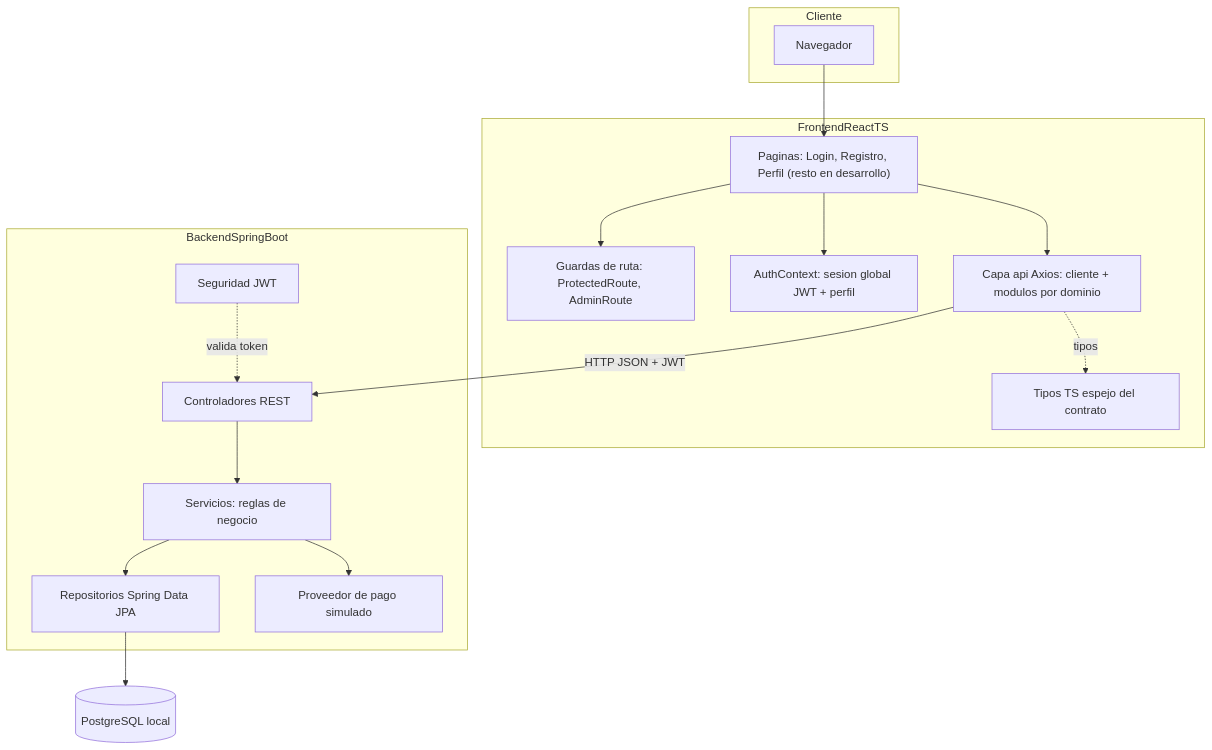
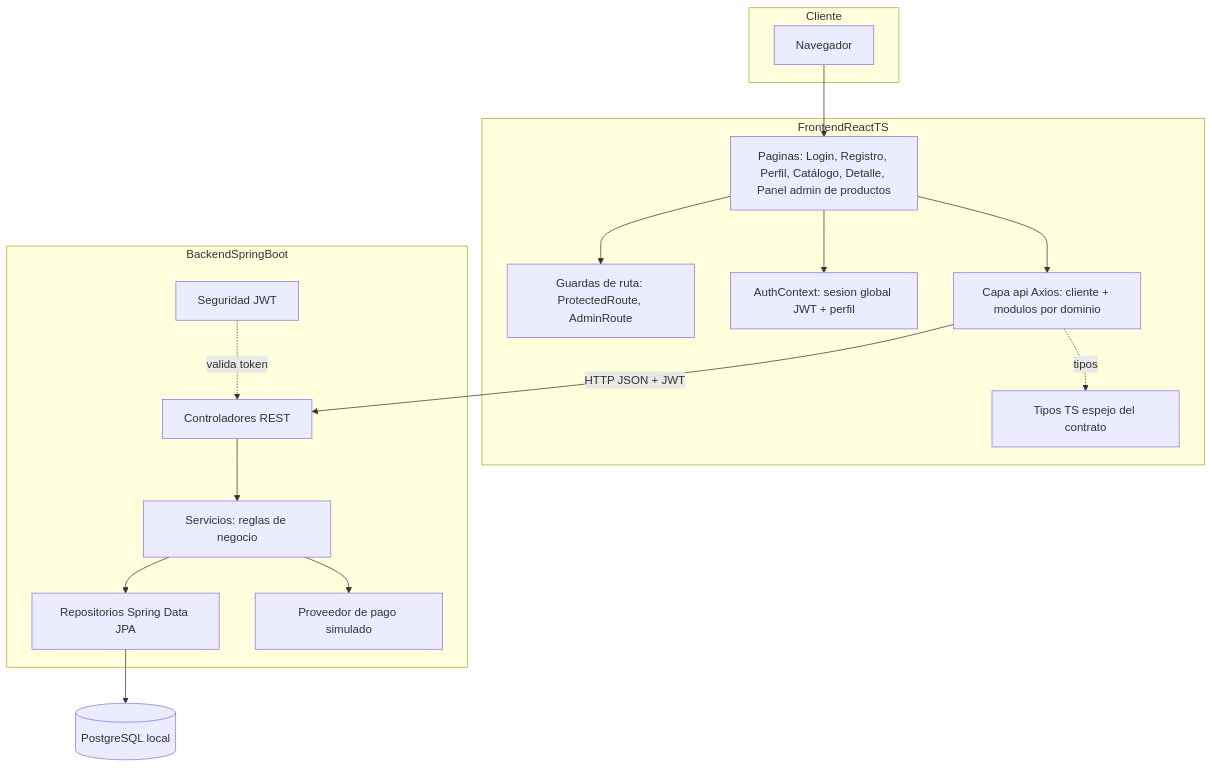
Before and after one commit to ShryhakAkizuki/Arquitectura_E-commerce_Ingesoft-II: the first of 3 diagrams in docs/arquitectura.md, drawn with Mermaid. The commit also changed other lines of this file and 16 other files, not shown here.

Commit message:
Frontend: catálogo público paginado con búsqueda, detalle de producto con cantidad limitada al stock y panel admin de productos (CRUD, ajuste de stock en línea y desactivación), y documentación

````diff
--- a/docs/arquitectura.md
+++ b/docs/arquitectura.md
@@ -31,36 +31,36 @@
 ```mermaid
 flowchart TB
     subgraph Cliente
         B[Navegador]
     end
 
     subgraph FrontendReactTS
-        P["Paginas: Login, Registro, Perfil (resto en desarrollo)"]
+        P["Paginas: Login, Registro, Perfil, Catálogo, Detalle, Panel admin de productos"]
         G["Guardas de ruta: ProtectedRoute, AdminRoute"]
         C["AuthContext: sesion global JWT + perfil"]
         A["Capa api Axios: cliente + modulos por dominio"]
         T["Tipos TS espejo del contrato"]
     end
 
     subgraph BackendSpringBoot
         CTRL[Controladores REST]
         SVC[Servicios: reglas de negocio]
         REPO[Repositorios Spring Data JPA]
         SEC[Seguridad JWT]
         PAY[Proveedor de pago simulado]
     end
 
     DB[(PostgreSQL local)]
 
     B --> P
     P --> G
     P --> C
     P --> A
     A -. tipos .-> T
     A -- HTTP JSON + JWT --> CTRL
     CTRL --> SVC
     SVC --> REPO
     SVC --> PAY
     SEC -. valida token .-> CTRL
     REPO --> DB
 ```
````
